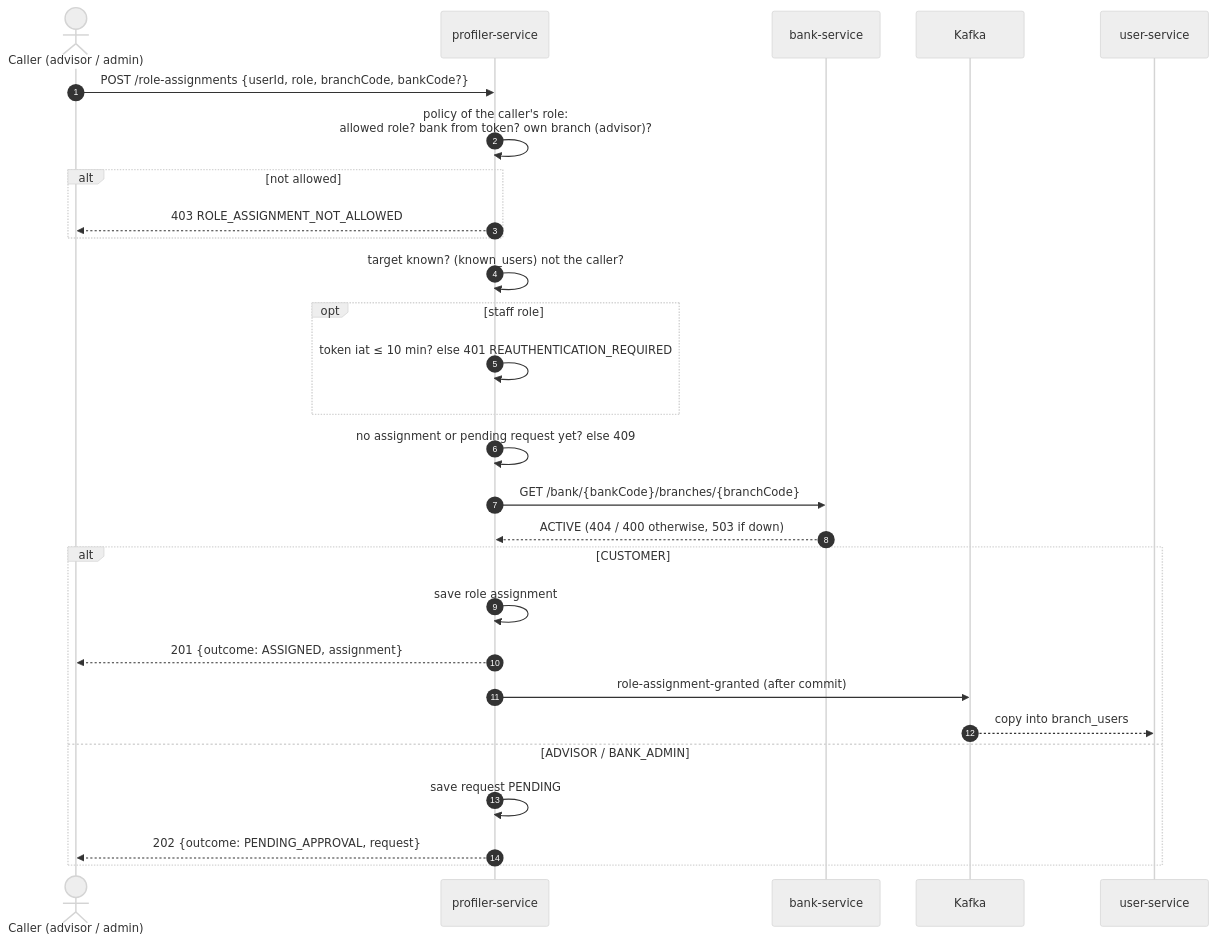
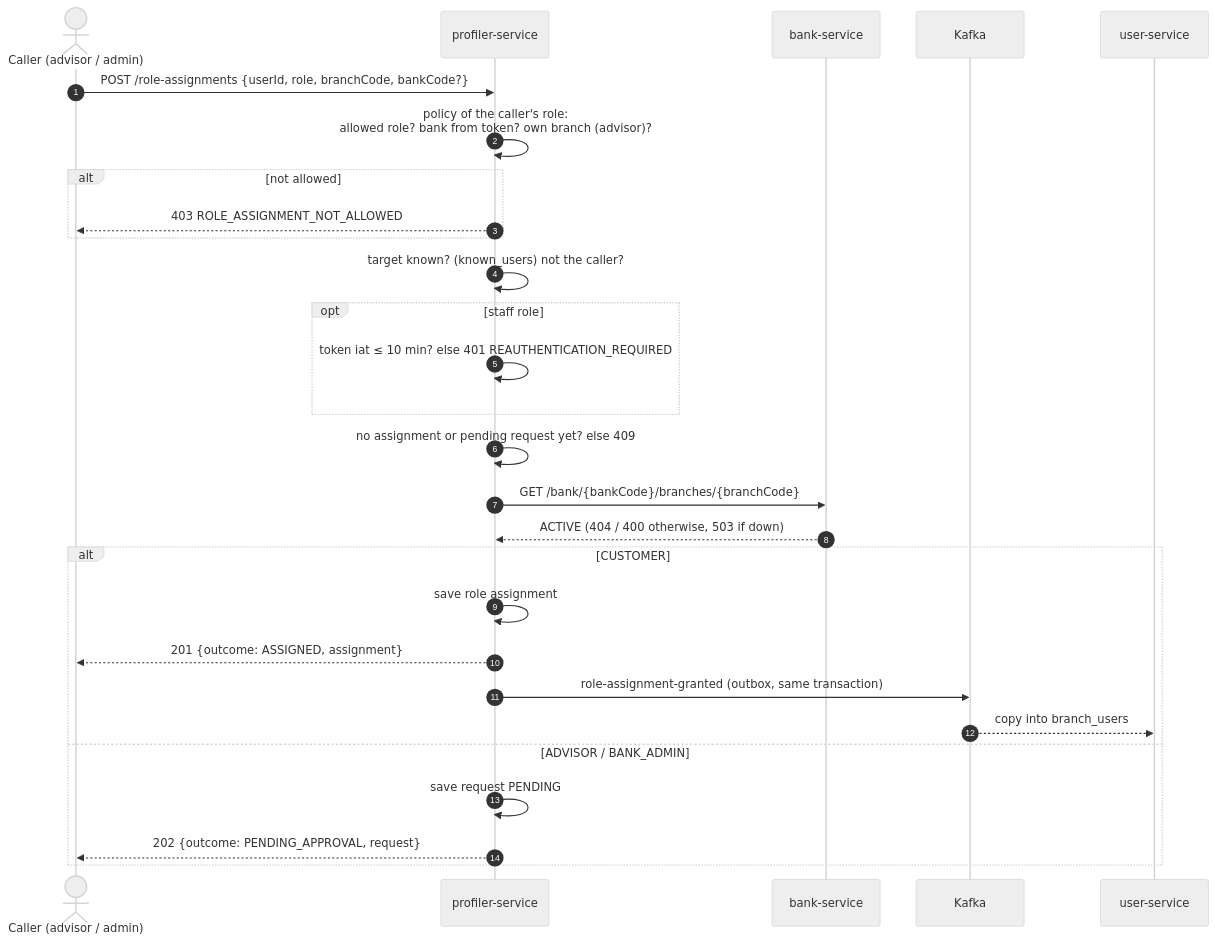
Before and after one commit to RaffSStein/Wealth-Management-Platform-BE: the second of 7 diagrams in docs/domain/process/security/roles-and-permissions.md, drawn with Mermaid (neutral theme). The commit also changed other lines of this file and 5 other files, not shown here.

````diff
--- a/docs/domain/process/security/roles-and-permissions.md
+++ b/docs/domain/process/security/roles-and-permissions.md
@@ -179,31 +179,31 @@
 ```mermaid
 sequenceDiagram
     autonumber
     actor A as Caller (advisor / admin)
     participant PS as profiler-service
     participant BS as bank-service
     participant K as Kafka
     participant US as user-service
 
     A->>PS: POST /role-assignments {userId, role, branchCode, bankCode?}
     PS->>PS: policy of the caller's role:<br/>allowed role? bank from token? own branch (advisor)?
     alt not allowed
         PS-->>A: 403 ROLE_ASSIGNMENT_NOT_ALLOWED
     end
     PS->>PS: target known? (known_users) not the caller?
     opt staff role
         PS->>PS: token iat ≤ 10 min? else 401 REAUTHENTICATION_REQUIRED
     end
     PS->>PS: no assignment or pending request yet? else 409
     PS->>BS: GET /bank/{bankCode}/branches/{branchCode}
     BS-->>PS: ACTIVE (404 / 400 otherwise, 503 if down)
     alt CUSTOMER
         PS->>PS: save role assignment
         PS-->>A: 201 {outcome: ASSIGNED, assignment}
-        PS->>K: role-assignment-granted (after commit)
+        PS->>K: role-assignment-granted (outbox, same transaction)
         K-->>US: copy into branch_users
     else ADVISOR / BANK_ADMIN
         PS->>PS: save request PENDING
         PS-->>A: 202 {outcome: PENDING_APPROVAL, request}
     end
 ```
````
